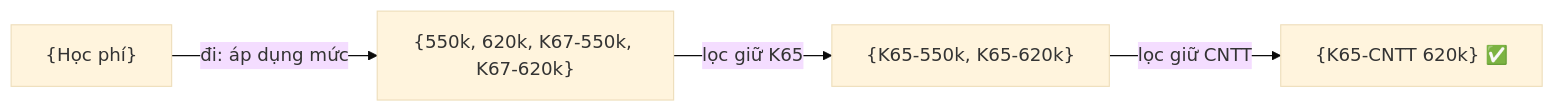
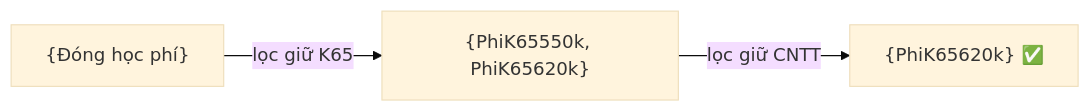
Before and after one commit to vpthinh19/ontology-chatbot: the fifth of 10 diagrams in docs/CONCEPT.md, drawn with Mermaid (base theme). The commit also changed other lines of this file, not shown here.

````diff
--- a/docs/CONCEPT.md
+++ b/docs/CONCEPT.md
@@ -211,6 +239,4 @@
 ```mermaid
 flowchart LR
-    T0["{Học phí}"] -->|"đi: áp dụng mức"| T1["{550k, 620k, K67-550k, K67-620k}"]
-    T1 -->|"lọc giữ K65"| T2["{K65-550k, K65-620k}"]
-    T2 -->|"lọc giữ CNTT"| T3["{K65-CNTT 620k} ✅"]
+    T0["{Đóng học phí}"] -->|"lọc giữ K65"| T1["{PhiK65550k, PhiK65620k}"] -->|"lọc giữ CNTT"| T2["{PhiK65620k} ✅"]
 ```
````
